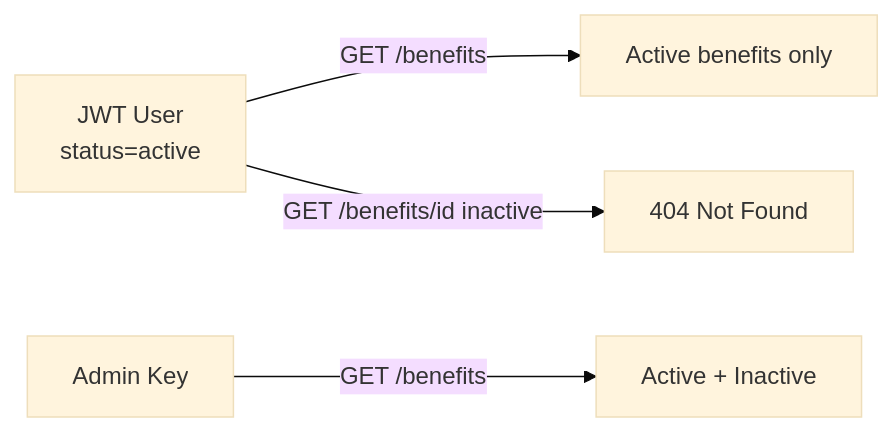
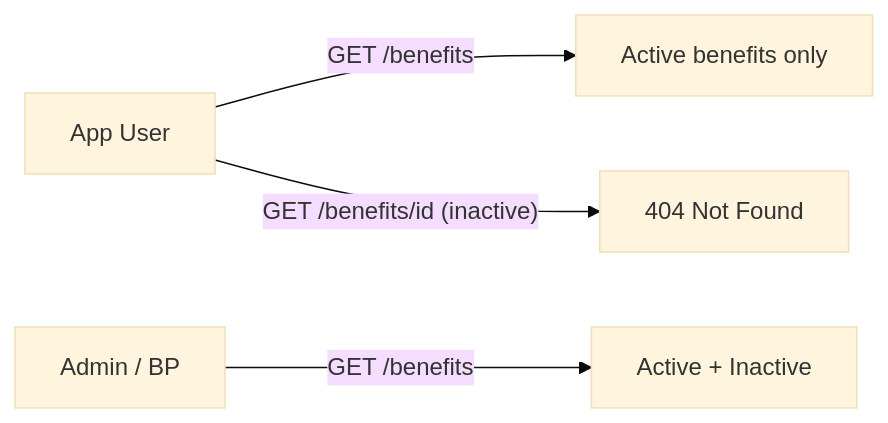
Before and after one commit to anu19981/aarokya-backend: the diagram in api-reference/modules/benefit.mdx, drawn with Mermaid (base theme). The commit also changed other lines of this file and 82 other files, not shown here.

````diff
--- a/api-reference/modules/benefit.mdx
+++ b/api-reference/modules/benefit.mdx
@@ -31,6 +44,6 @@
 ```mermaid
 flowchart LR
-    JWT[JWT User\nstatus=active] -->|GET /benefits| ActiveOnly[Active benefits only]
-    Admin[Admin Key] -->|GET /benefits| All[Active + Inactive]
-    JWT -->|GET /benefits/id inactive| E[404 Not Found]
+    JWT["App User"] -->|"GET /benefits"| ActiveOnly["Active benefits only"]
+    Admin["Admin / BP"] -->|"GET /benefits"| All["Active + Inactive"]
+    JWT -->|"GET /benefits/id (inactive)"| E["404 Not Found"]
 ```
````
